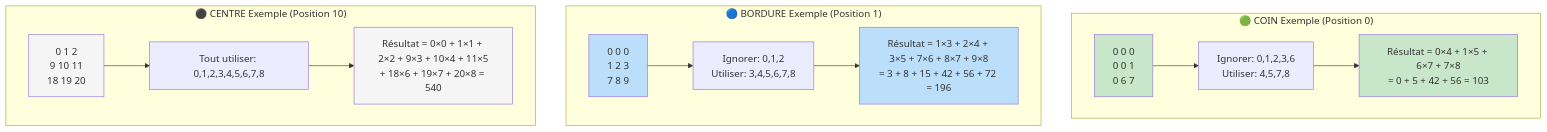
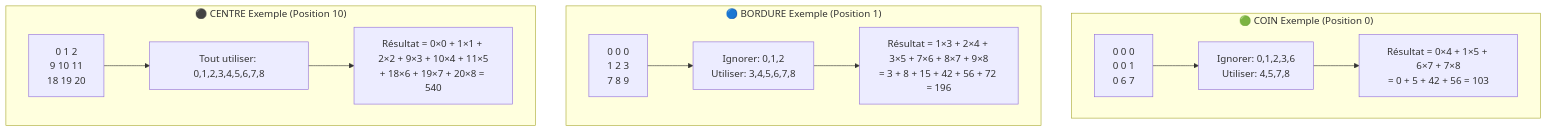
The seventh of 14 diagrams in src/tensor/README_FR.md (jalcim/logilib), drawn with Mermaid before and after one commit. The commit also changed other lines of this file and 1 other file, not shown here.

````diff
--- a/src/tensor/README_FR.md
+++ b/src/tensor/README_FR.md
@@ -133,21 +119,15 @@
 ```mermaid
 graph TD
     subgraph "🟢 COIN Exemple (Position 0)"
         A1[0 0 0<br/>0 0 1<br/>0 6 7] --> B1[Ignorer: 0,1,2,3,6<br/>Utiliser: 4,5,7,8] --> C1[Résultat = 0×4 + 1×5 + 6×7 + 7×8<br/>= 0 + 5 + 42 + 56 = 103]
     end
 
     subgraph "🔵 BORDURE Exemple (Position 1)"
         A2[0 0 0<br/>1 2 3<br/>7 8 9] --> B2[Ignorer: 0,1,2<br/>Utiliser: 3,4,5,6,7,8] --> C2[Résultat = 1×3 + 2×4 + 3×5 + 7×6 + 8×7 + 9×8<br/>= 3 + 8 + 15 + 42 + 56 + 72 = 196]
     end
 
     subgraph "⚫ CENTRE Exemple (Position 10)"
         A3[0 1 2<br/>9 10 11<br/>18 19 20] --> B3[Tout utiliser: 0,1,2,3,4,5,6,7,8] --> C3[Résultat = 0×0 + 1×1 + 2×2 + 9×3 + 10×4 + 11×5<br/>+ 18×6 + 19×7 + 20×8 = 540]
     end
 
-    style A1 fill:#c8e6c9
-    style A2 fill:#bbdefb
-    style A3 fill:#f5f5f5
-    style C1 fill:#c8e6c9
-    style C2 fill:#bbdefb
-    style C3 fill:#f5f5f5
 ```
````
